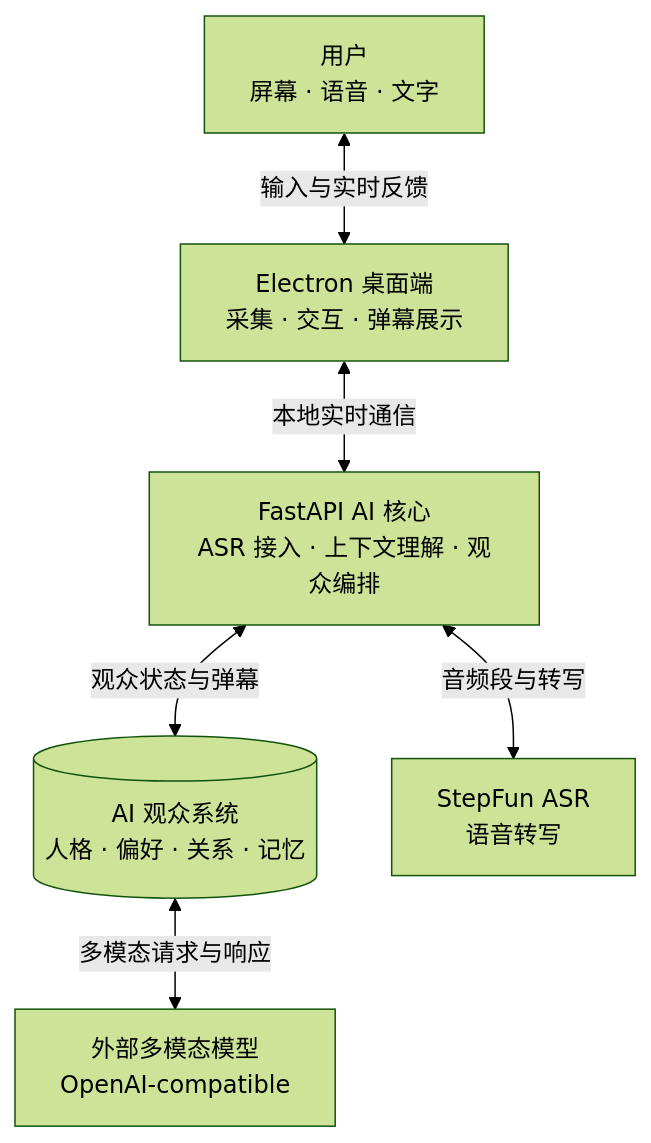
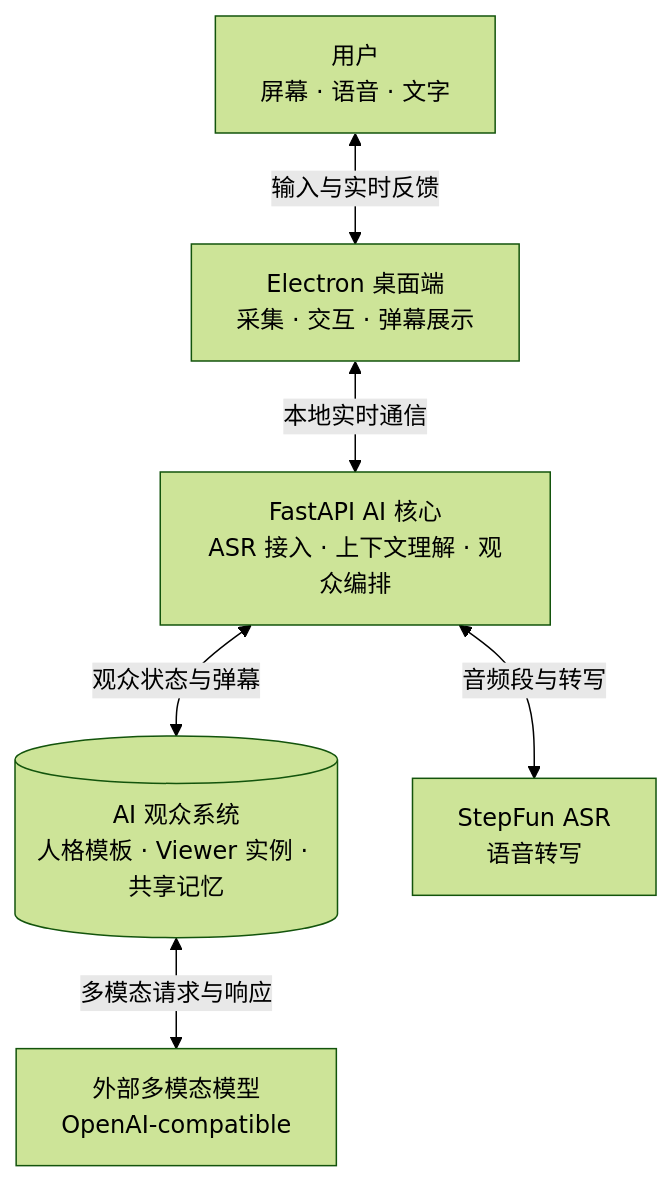
The diagram in docs/ARCHITECTURE.md (JunieXD/VibeLive), drawn with Mermaid (forest theme) before and after one commit. The commit also changed other lines of this file and 7 other files, not shown here.

Commit message:
docs(viewer-runtime): record architecture and verification

````diff
--- a/docs/ARCHITECTURE.md
+++ b/docs/ARCHITECTURE.md
@@ -13,15 +15,15 @@
 ```mermaid
 flowchart TB
     USER["用户<br/>屏幕 · 语音 · 文字"]
     DESKTOP["Electron 桌面端<br/>采集 · 交互 · 弹幕展示"]
     CORE["FastAPI AI 核心<br/>ASR 接入 · 上下文理解 · 观众编排"]
-    AUDIENCE[("AI 观众系统<br/>人格 · 偏好 · 关系 · 记忆")]
+    AUDIENCE[("AI 观众系统<br/>人格模板 · Viewer 实例 · 共享记忆")]
     ASR["StepFun ASR<br/>语音转写"]
     MODEL["外部多模态模型<br/>OpenAI-compatible"]
 
     USER <-->|"输入与实时反馈"| DESKTOP
     DESKTOP <-->|"本地实时通信"| CORE
     CORE <-->|"音频段与转写"| ASR
     CORE <-->|"观众状态与弹幕"| AUDIENCE
     AUDIENCE <-->|"多模态请求与响应"| MODEL
 ```
````
